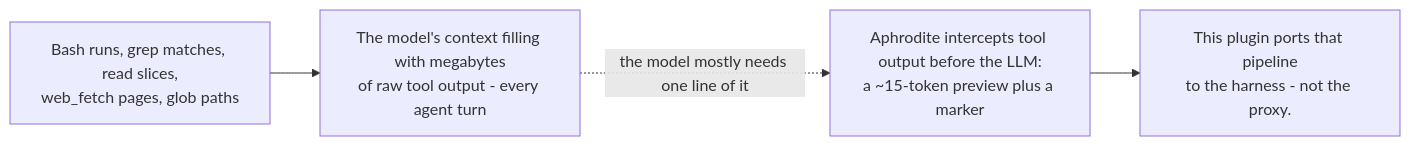
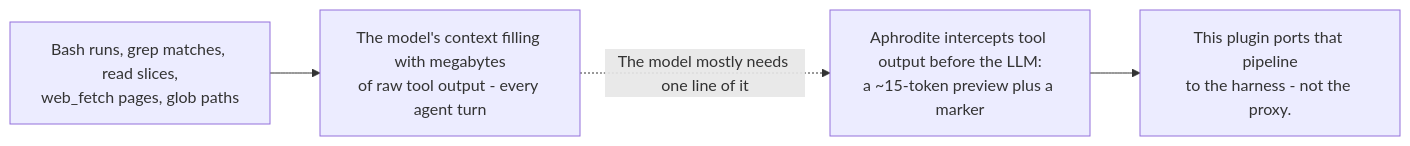
Before and after one commit to PlayForm/Site-DeepSeek: the diagram in Source/Content/Mermaid/ccr-problem.mmd, drawn with Mermaid. The commit also changed 90 other files, not shown here.

```diff
--- a/Source/Content/Mermaid/ccr-problem.mmd
+++ b/Source/Content/Mermaid/ccr-problem.mmd
@@ -1,4 +1,4 @@
 flowchart LR
 	TOOLS["Bash runs, grep matches, read slices,<br/>web_fetch pages, glob paths"] --> CTX["The model's context filling with megabytes<br/>of raw tool output - every agent turn"]
-	CTX -. "the model mostly needs one line of it" .-> APH["Aphrodite intercepts tool output before the LLM:<br/>a ~15-token preview plus a marker"]
+	CTX -. "The model mostly needs one line of it" .-> APH["Aphrodite intercepts tool output before the LLM:<br/>a ~15-token preview plus a marker"]
 	APH --> PORT["This plugin ports that pipeline<br/>to the harness - not the proxy."]
```
